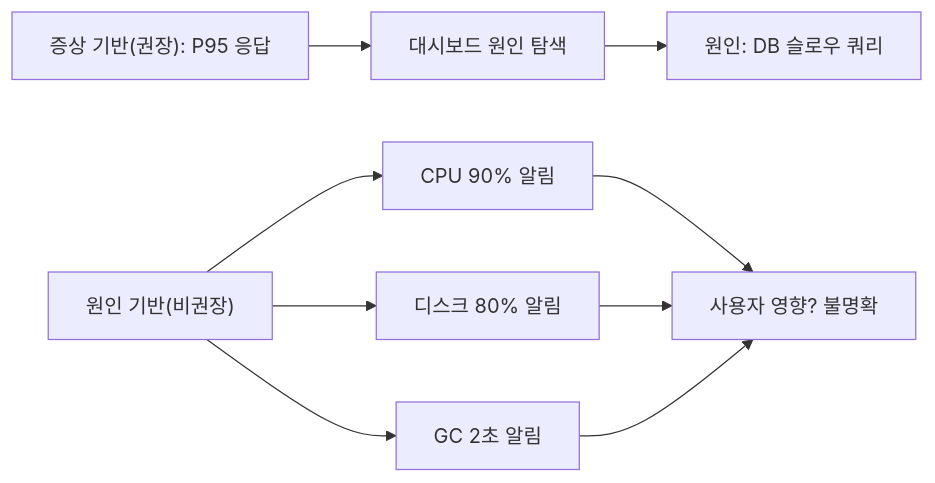
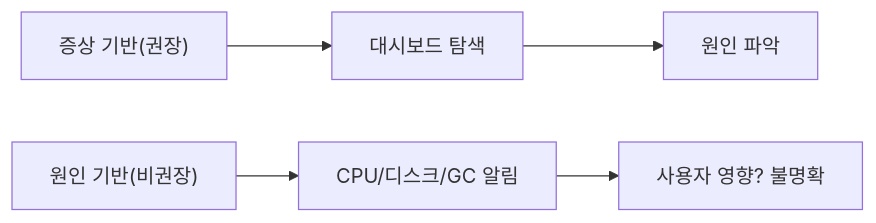
The fifth of 8 diagrams in _posts/monitoring/2026-05-03-sre-golden-signals.md (yjkim2015/yjkim2015.github.io), drawn with Mermaid before and after one commit. The commit also changed other lines of this file and 163 other files, not shown here.

First line of the commit message:
Mermaid 300개 블록 내용 축소: 5노드 5엣지 이하, 의미 있는 약어

````diff
--- a/_posts/monitoring/2026-05-03-sre-golden-signals.md
+++ b/_posts/monitoring/2026-05-03-sre-golden-signals.md
@@ -358,11 +348,7 @@
 ```mermaid
 graph LR
-    SYM["증상 기반(권장): P95 응답"] --> DASH["대시보드 원인 탐색"]
-    DASH --> ROOT["원인: DB 슬로우 쿼리"]
-    CAUSE["원인 기반(비권장)"] --> C1["CPU 90% 알림"]
-    CAUSE --> C2["디스크 80% 알림"]
-    CAUSE --> C3["GC 2초 알림"]
+    SYM["증상 기반(권장)"] --> DASH["대시보드 탐색"]
+    DASH --> ROOT["원인 파악"]
+    CAUSE["원인 기반(비권장)"] --> C1["CPU/디스크/GC 알림"]
     C1 --> Q["사용자 영향? 불명확"]
-    C2 --> Q
-    C3 --> Q
 ```
````
